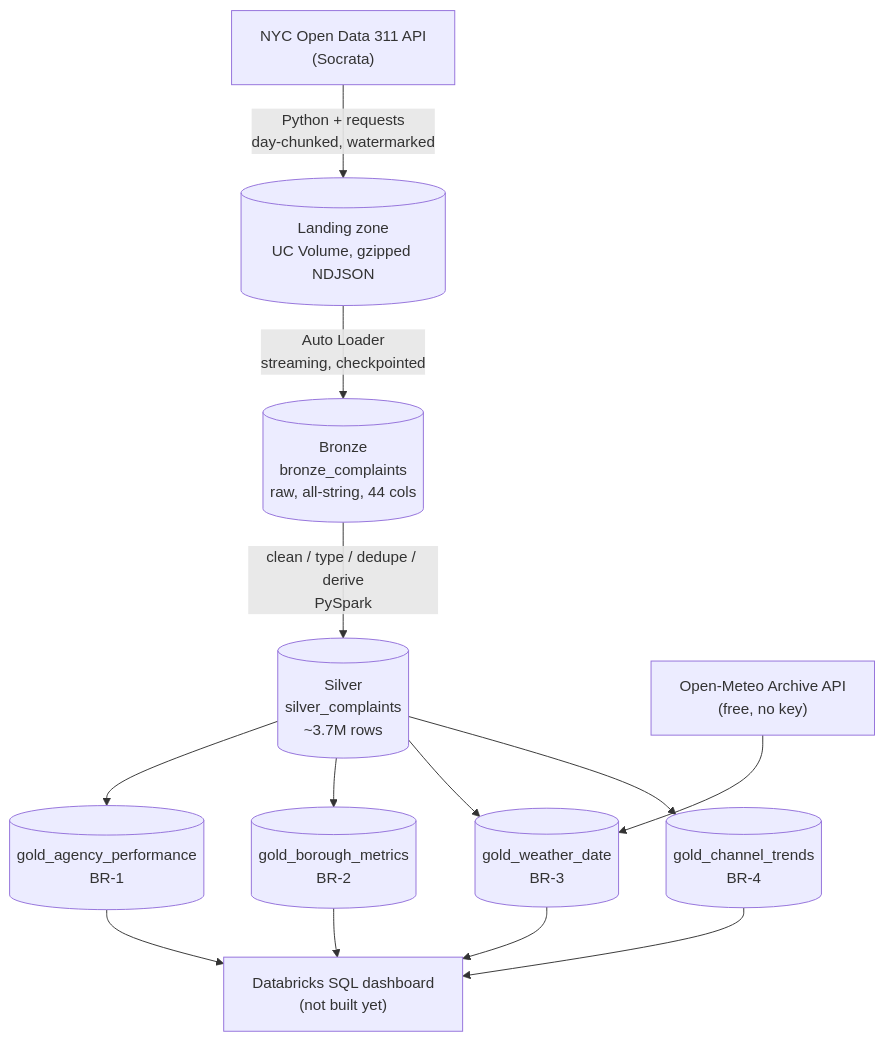
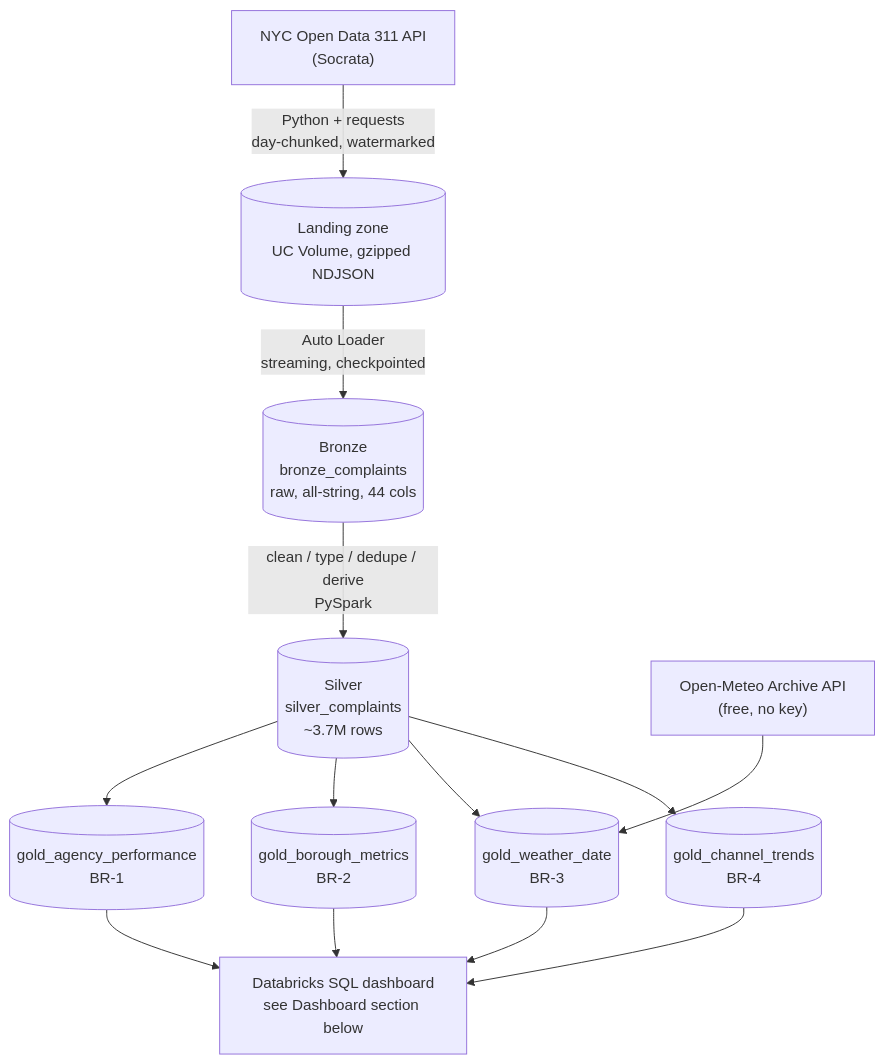
The diagram in README.md (StefanSorak/databricks_01), drawn with Mermaid before and after one commit.

Commit message:
Fix stale 'not built yet' label on the dashboard node in README diagram

````diff
--- a/README.md
+++ b/README.md
@@ -19,17 +19,17 @@
 ```mermaid
 flowchart TD
     A["NYC Open Data 311 API<br/>(Socrata)"] -->|"Python + requests<br/>day-chunked, watermarked"| B[("Landing zone<br/>UC Volume, gzipped NDJSON")]
     B -->|"Auto Loader<br/>streaming, checkpointed"| C[("Bronze<br/>bronze_complaints<br/>raw, all-string, 44 cols")]
     C -->|"clean / type / dedupe / derive<br/>PySpark"| D[("Silver<br/>silver_complaints<br/>~3.7M rows")]
     E["Open-Meteo Archive API<br/>(free, no key)"] --> H
 
     D --> F[("gold_agency_performance<br/>BR-1")]
     D --> G[("gold_borough_metrics<br/>BR-2")]
     D --> H[("gold_weather_date<br/>BR-3")]
     D --> I[("gold_channel_trends<br/>BR-4")]
 
-    F --> J["Databricks SQL dashboard<br/>(not built yet)"]
+    F --> J["Databricks SQL dashboard<br/>see Dashboard section below"]
     G --> J
     H --> J
     I --> J
 ```
````
